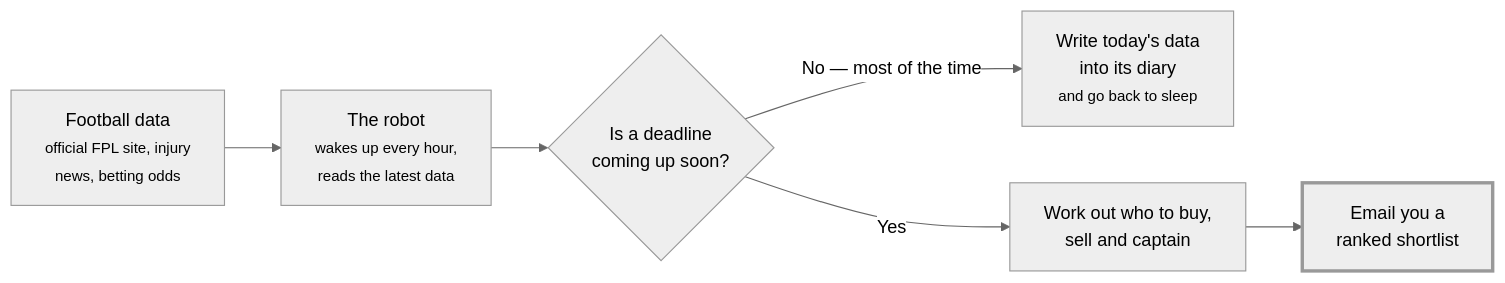
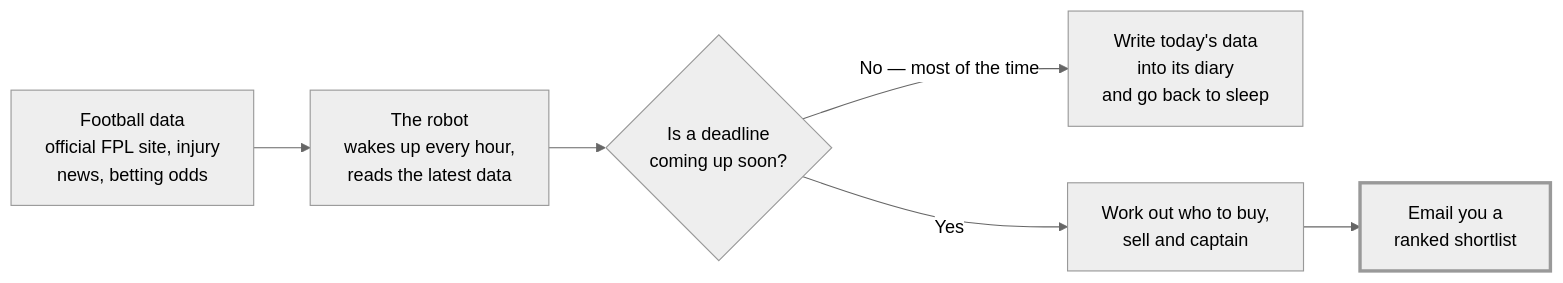
The first of 12 diagrams in docs/DIAGRAMS.md (MasonGallagher/FplBot), drawn with Mermaid (neutral theme) before and after one commit. The commit also changed other lines of this file and 1 other file, not shown here.

First line of the commit message:
docs: fix diagram labels overflowing their shapes, and cover calibration

````diff
--- a/docs/DIAGRAMS.md
+++ b/docs/DIAGRAMS.md
@@ -38,16 +38,16 @@
 ```mermaid
 flowchart LR
-    A["Football data<br/><small>official FPL site, injury<br/>news, betting odds</small>"]
-    B["The robot<br/><small>wakes up every hour,<br/>reads the latest data</small>"]
+    A["Football data<br/>official FPL site, injury<br/>news, betting odds"]
+    B["The robot<br/>wakes up every hour,<br/>reads the latest data"]
     C{"Is a deadline<br/>coming up soon?"}
-    D["Write today's data<br/>into its diary<br/><small>and go back to sleep</small>"]
+    D["Write today's data<br/>into its diary<br/>and go back to sleep"]
     E["Work out who to buy,<br/>sell and captain"]
     F["Email you a<br/>ranked shortlist"]
 
     A --> B --> C
     C -->|"No — most of the time"| D
     C -->|"Yes"| E --> F
 
     classDef emphasis stroke-width:3px
     class F emphasis
 ```
````
